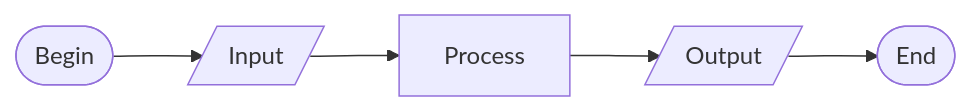
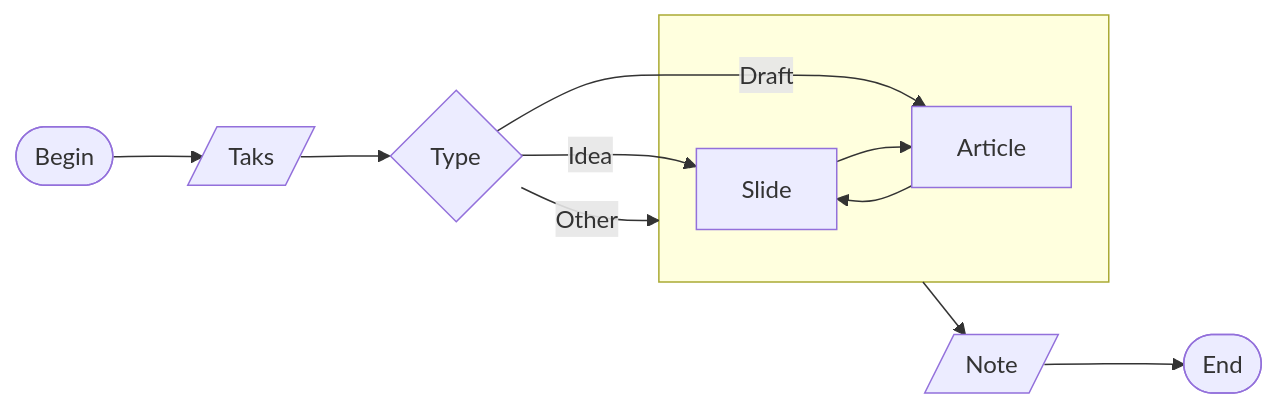
Before and after one commit to dudung/notes: the diagram in content/posts/25/c/19-integ-slide-article.md, drawn with Mermaid. The commit also changed other lines of this file and 1 other file, not shown here.

```diff
--- a/content/posts/25/c/19-integ-slide-article.md
+++ b/content/posts/25/c/19-integ-slide-article.md
@@ -51,9 +50,19 @@
 {{< mermaid >}}
-flowchart LR
-B --> I --> P --> O --> E
-B(["Begin"])
-E(["End"])
-P["Process"]
-I[/"Input"/]
-O[/"Output"/]
+graph LR
+  B --> I --> C
+  C --"Idea"--> P1
+  C --"Draft"--> P2
+  C --"Other"--> N
+  N --> O --> E
+  P2 --> P1
+  P1 --> P2
+  B(["Begin"])
+  I[/"Taks"/]
+  C{"Type"}
+  E(["End"])
+  O[/"Note"/]
+  subgraph N[" "]
+    P1["Slide"]
+    P2["Article"]
+  end
 {{< /mermaid >}}
```
